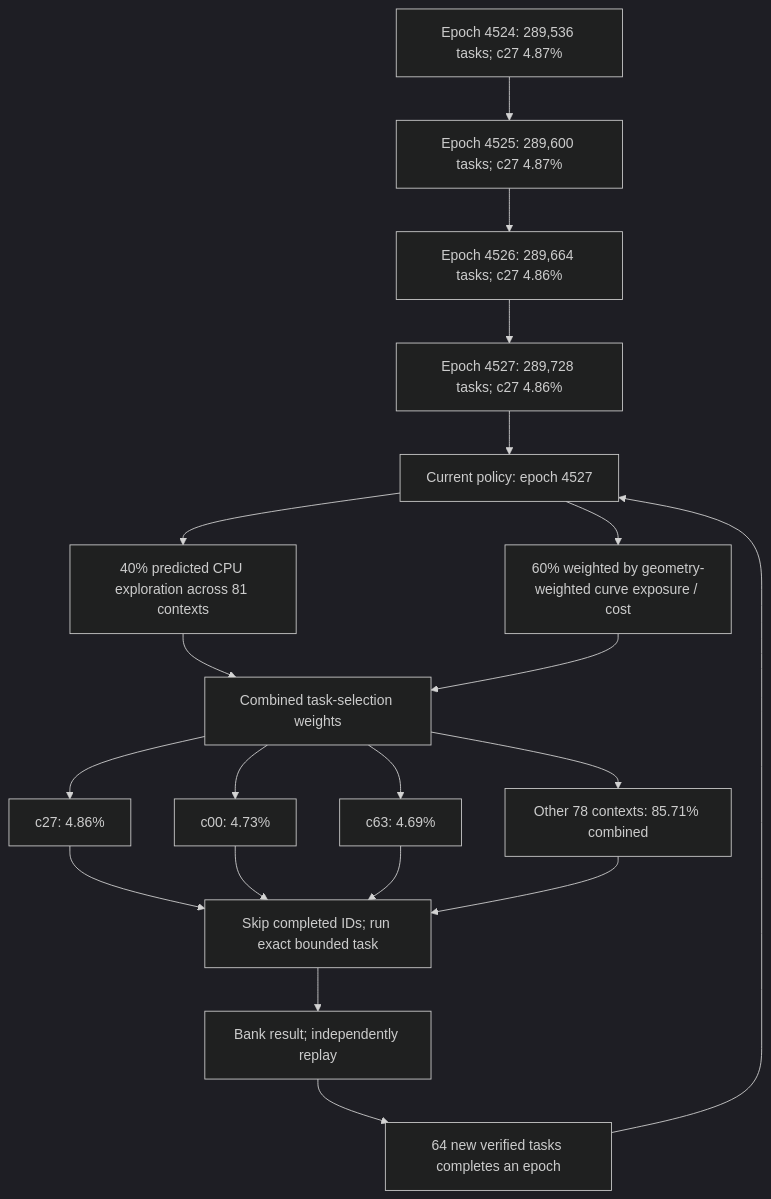
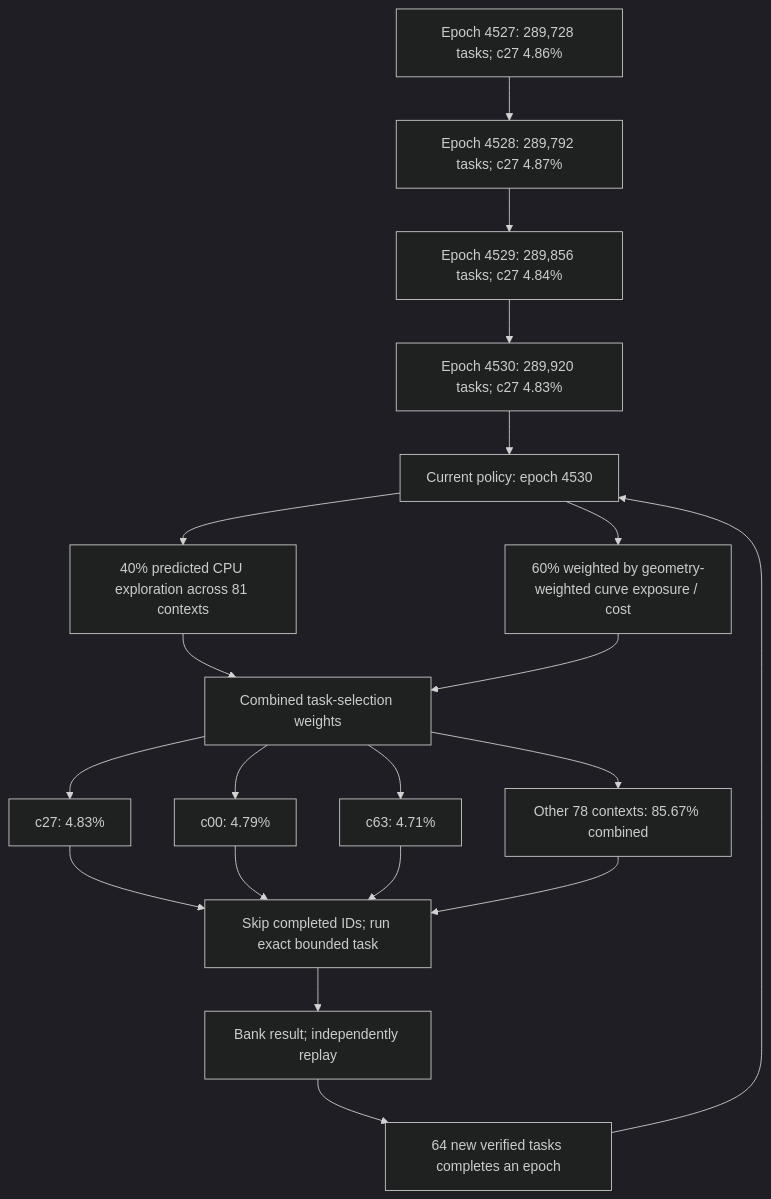
Before and after one commit to Kuberwastaken/math-gambling: the first of 3 diagrams in README.md, drawn with Mermaid (dark theme). The commit also changed other lines of this file and 3116 other files, not shown here.

````diff
--- a/README.md
+++ b/README.md
@@ -60,27 +60,27 @@
 ```mermaid
 flowchart TD
-    H0["Epoch 4524: 289,536 tasks; c27 4.87%"]
-    H1["Epoch 4525: 289,600 tasks; c27 4.87%"]
+    H0["Epoch 4527: 289,728 tasks; c27 4.86%"]
+    H1["Epoch 4528: 289,792 tasks; c27 4.87%"]
     H0 --> H1
-    H2["Epoch 4526: 289,664 tasks; c27 4.86%"]
+    H2["Epoch 4529: 289,856 tasks; c27 4.84%"]
     H1 --> H2
-    H3["Epoch 4527: 289,728 tasks; c27 4.86%"]
+    H3["Epoch 4530: 289,920 tasks; c27 4.83%"]
     H2 --> H3
-    Policy["Current policy: epoch 4527"]
+    Policy["Current policy: epoch 4530"]
     H3 --> Policy
     Policy --> Explore["40% predicted CPU exploration across 81 contexts"]
     Policy --> Cost["60% weighted by geometry-weighted curve exposure / cost"]
     Explore --> Mix["Combined task-selection weights"]
     Cost --> Mix
-    Mix --> C0["c27: 4.86%"]
-    Mix --> C1["c00: 4.73%"]
-    Mix --> C2["c63: 4.69%"]
-    Mix --> Rest["Other 78 contexts: 85.71% combined"]
+    Mix --> C0["c27: 4.83%"]
+    Mix --> C1["c00: 4.79%"]
+    Mix --> C2["c63: 4.71%"]
+    Mix --> Rest["Other 78 contexts: 85.67% combined"]
     C0 --> Check["Skip completed IDs; run exact bounded task"]
     C1 --> Check
     C2 --> Check
     Rest --> Check
     Check --> Replay["Bank result; independently replay"]
     Replay --> Gate["64 new verified tasks completes an epoch"]
     Gate --> Policy
 ```
````
